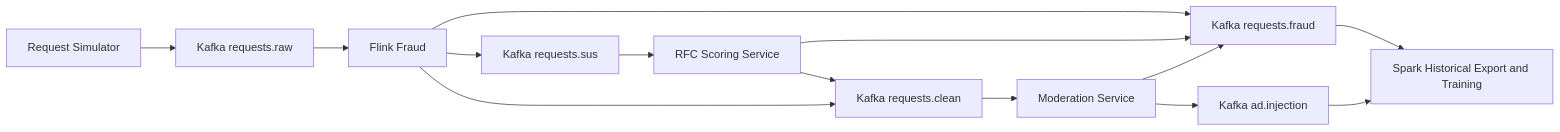
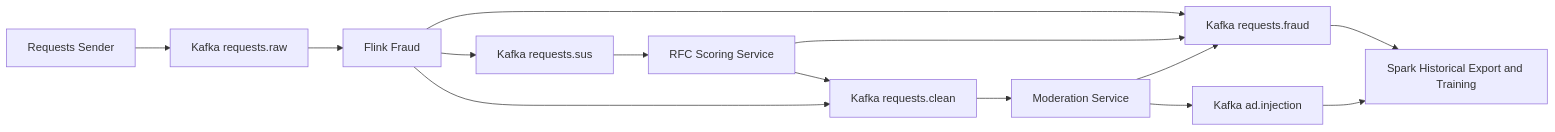
One commit to IamMistake/ai-ad-request-safety-pipeline changed the diagram in docs/project_overview.md. Above: the diagram before and after it, drawn with Mermaid. The commit also changed other lines of this file and 24 other files, not shown here.

Commit message:
refactor: replace simulator with labeled dataset sender

````diff
--- a/docs/project_overview.md
+++ b/docs/project_overview.md
@@ -35,16 +35,16 @@
 ```mermaid
 flowchart LR
-    A[Request Simulator] --> B[Kafka requests.raw]
+    A[Requests Sender] --> B[Kafka requests.raw]
     B --> C[Flink Fraud]
     C --> D[Kafka requests.sus]
     D --> E[RFC Scoring Service]
     E --> F[Kafka requests.clean]
     C --> F
     C --> G[Kafka requests.fraud]
     E --> G
     F --> H[Moderation Service]
     H --> I[Kafka ad.injection]
     H --> G
     G --> J[Spark Historical Export and Training]
     I --> J
 ```
````
